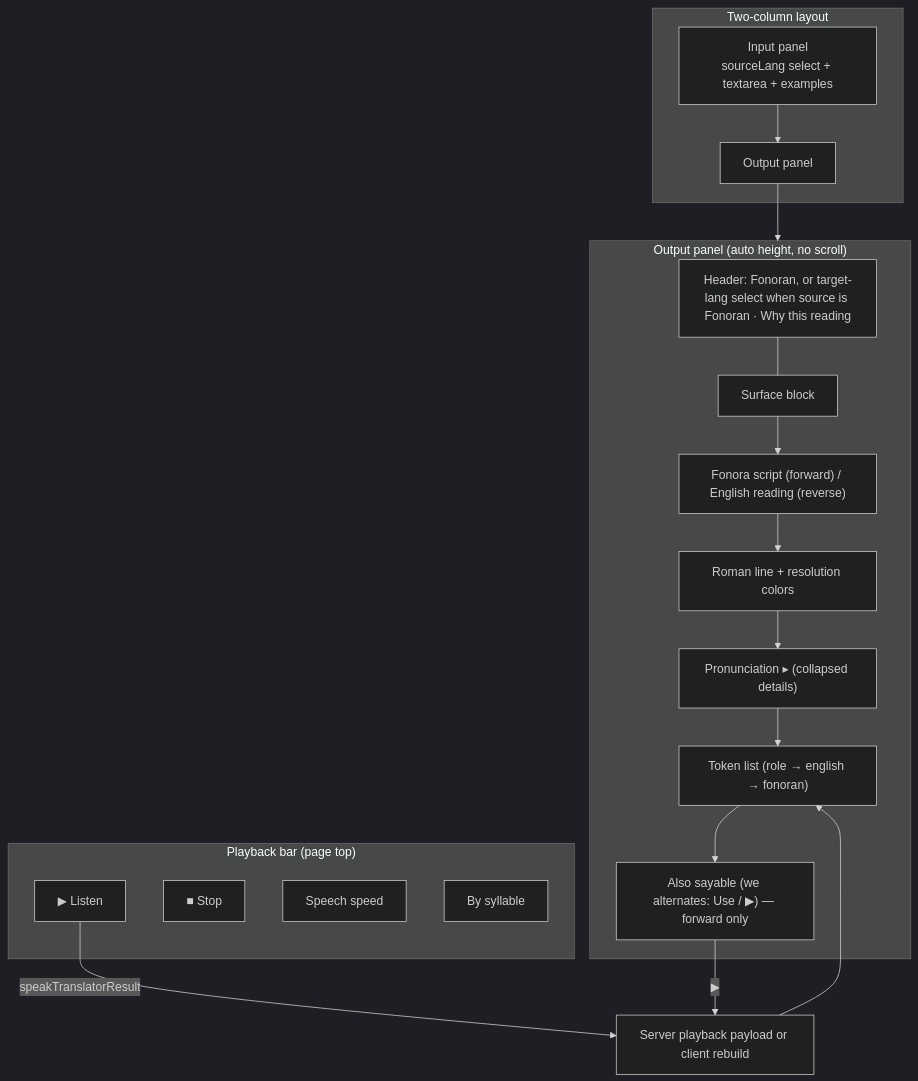
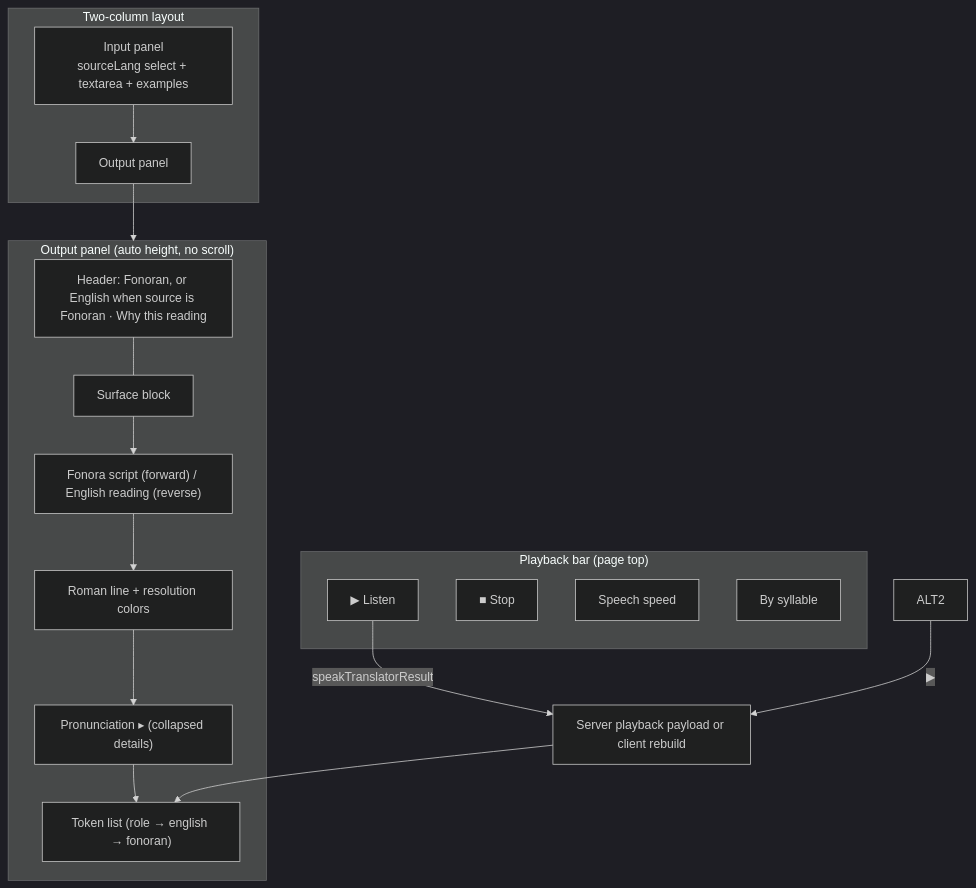
One commit to Fonora/fonora changed the third of 3 diagrams in docs/fonoran-translator.md. Above: the diagram before and after it, drawn with Mermaid (dark theme). The commit also changed other lines of this file and 16 other files, not shown here.

````diff
--- a/docs/fonoran-translator.md
+++ b/docs/fonoran-translator.md
@@ -108,32 +106,31 @@
 ```mermaid
 flowchart TB
   subgraph Layout["Two-column layout"]
     LEFT["Input panel<br/>sourceLang select + textarea + examples"]
     RIGHT["Output panel"]
   end
 
   subgraph OutputPanel["Output panel (auto height, no scroll)"]
-    HDR["Header: Fonoran, or target-lang select when source is Fonoran · Why this reading"]
+    HDR["Header: Fonoran, or English when source is Fonoran · Why this reading"]
     SURF["Surface block"]
     SCRIPT["Fonora script (forward) / English reading (reverse)"]
     ROMAN["Roman line + resolution colors"]
     PRON["Pronunciation ▸ (collapsed details)"]
     TOK["Token list (role → english → fonoran)"]
-    ALT2["Also sayable (we alternates: Use / ▶) — forward only"]
     HDR --- SURF
-    SURF --> SCRIPT --> ROMAN --> PRON --> TOK --> ALT2
+    SURF --> SCRIPT --> ROMAN --> PRON --> TOK
   end
 
   subgraph Playback["Playback bar (page top)"]
     LISTEN["▶ Listen"]
     STOP["■ Stop"]
     SPD["Speech speed"]
     SYL["By syllable"]
   end
 
   LEFT --> RIGHT
   RIGHT --> OutputPanel
   LISTEN -->|speakTranslatorResult| PB2["Server playback payload or client rebuild"]
   PB2 --> TOK
   ALT2 -->|▶| PB2
 ```
````
